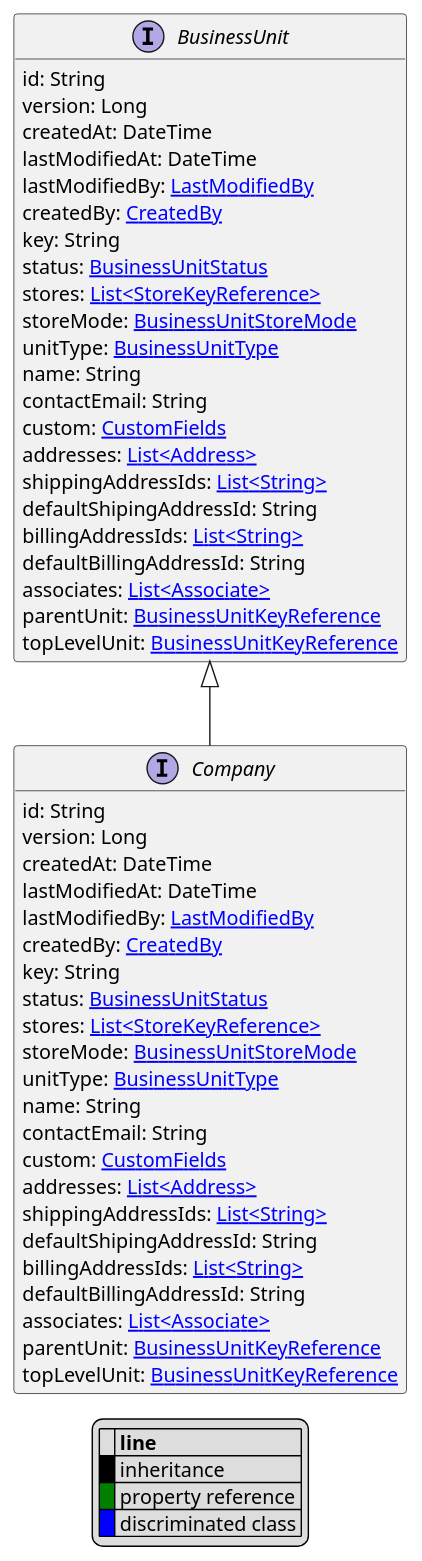
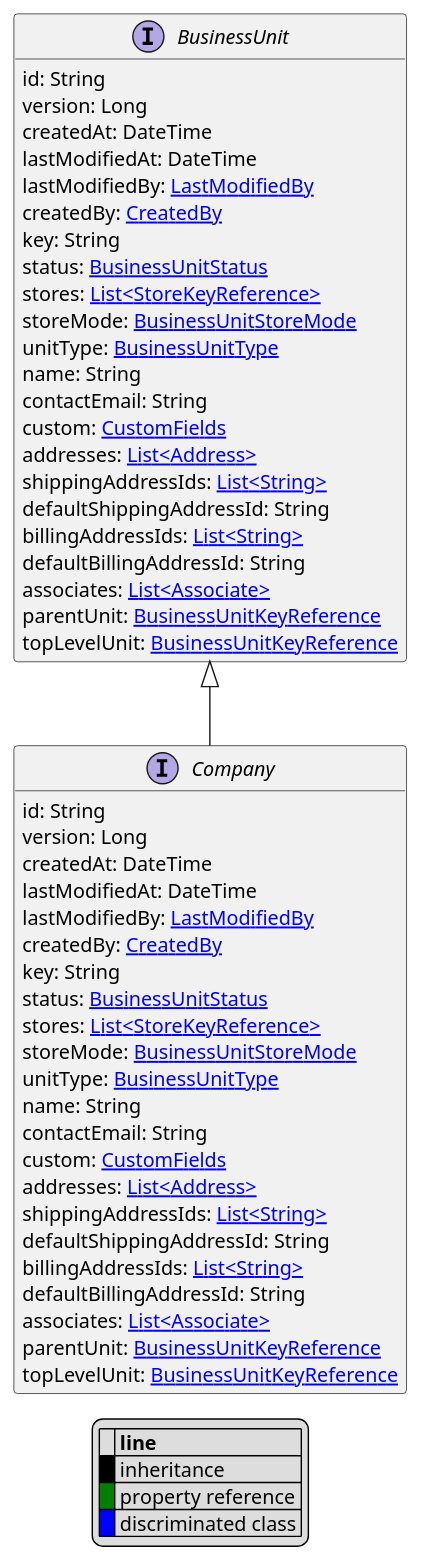
Before and after one commit to commercetools/commercetools-api-reference: the diagram in uml/api/Company.puml, drawn with PlantUML. The commit also changed 48 other files, not shown here.

```diff
--- a/uml/api/Company.puml
+++ b/uml/api/Company.puml
@@ -1,64 +1,64 @@
 @startuml
 
 hide empty fields
 hide empty methods
 legend
 |= |= line |
 |<back:black>   </back>| inheritance |
 |<back:green>   </back>| property reference |
 |<back:blue>   </back>| discriminated class |
 endlegend
 interface Company [[Company.svg]] extends BusinessUnit {
     id: String
     version: Long
     createdAt: DateTime
     lastModifiedAt: DateTime
     lastModifiedBy: [[LastModifiedBy.svg LastModifiedBy]]
     createdBy: [[CreatedBy.svg CreatedBy]]
     key: String
     status: [[BusinessUnitStatus.svg BusinessUnitStatus]]
     stores: [[StoreKeyReference.svg List<StoreKeyReference>]]
     storeMode: [[BusinessUnitStoreMode.svg BusinessUnitStoreMode]]
     unitType: [[BusinessUnitType.svg BusinessUnitType]]
     name: String
     contactEmail: String
     custom: [[CustomFields.svg CustomFields]]
     addresses: [[Address.svg List<Address>]]
     shippingAddressIds: [[String.svg List<String>]]
-    defaultShipingAddressId: String
+    defaultShippingAddressId: String
     billingAddressIds: [[String.svg List<String>]]
     defaultBillingAddressId: String
     associates: [[Associate.svg List<Associate>]]
     parentUnit: [[BusinessUnitKeyReference.svg BusinessUnitKeyReference]]
     topLevelUnit: [[BusinessUnitKeyReference.svg BusinessUnitKeyReference]]
 }
 interface BusinessUnit [[BusinessUnit.svg]]  {
     id: String
     version: Long
     createdAt: DateTime
     lastModifiedAt: DateTime
     lastModifiedBy: [[LastModifiedBy.svg LastModifiedBy]]
     createdBy: [[CreatedBy.svg CreatedBy]]
     key: String
     status: [[BusinessUnitStatus.svg BusinessUnitStatus]]
     stores: [[StoreKeyReference.svg List<StoreKeyReference>]]
     storeMode: [[BusinessUnitStoreMode.svg BusinessUnitStoreMode]]
     unitType: [[BusinessUnitType.svg BusinessUnitType]]
     name: String
     contactEmail: String
     custom: [[CustomFields.svg CustomFields]]
     addresses: [[Address.svg List<Address>]]
     shippingAddressIds: [[String.svg List<String>]]
-    defaultShipingAddressId: String
+    defaultShippingAddressId: String
     billingAddressIds: [[String.svg List<String>]]
     defaultBillingAddressId: String
     associates: [[Associate.svg List<Associate>]]
     parentUnit: [[BusinessUnitKeyReference.svg BusinessUnitKeyReference]]
     topLevelUnit: [[BusinessUnitKeyReference.svg BusinessUnitKeyReference]]
 }
 
 
 
 
 
 @enduml
```
